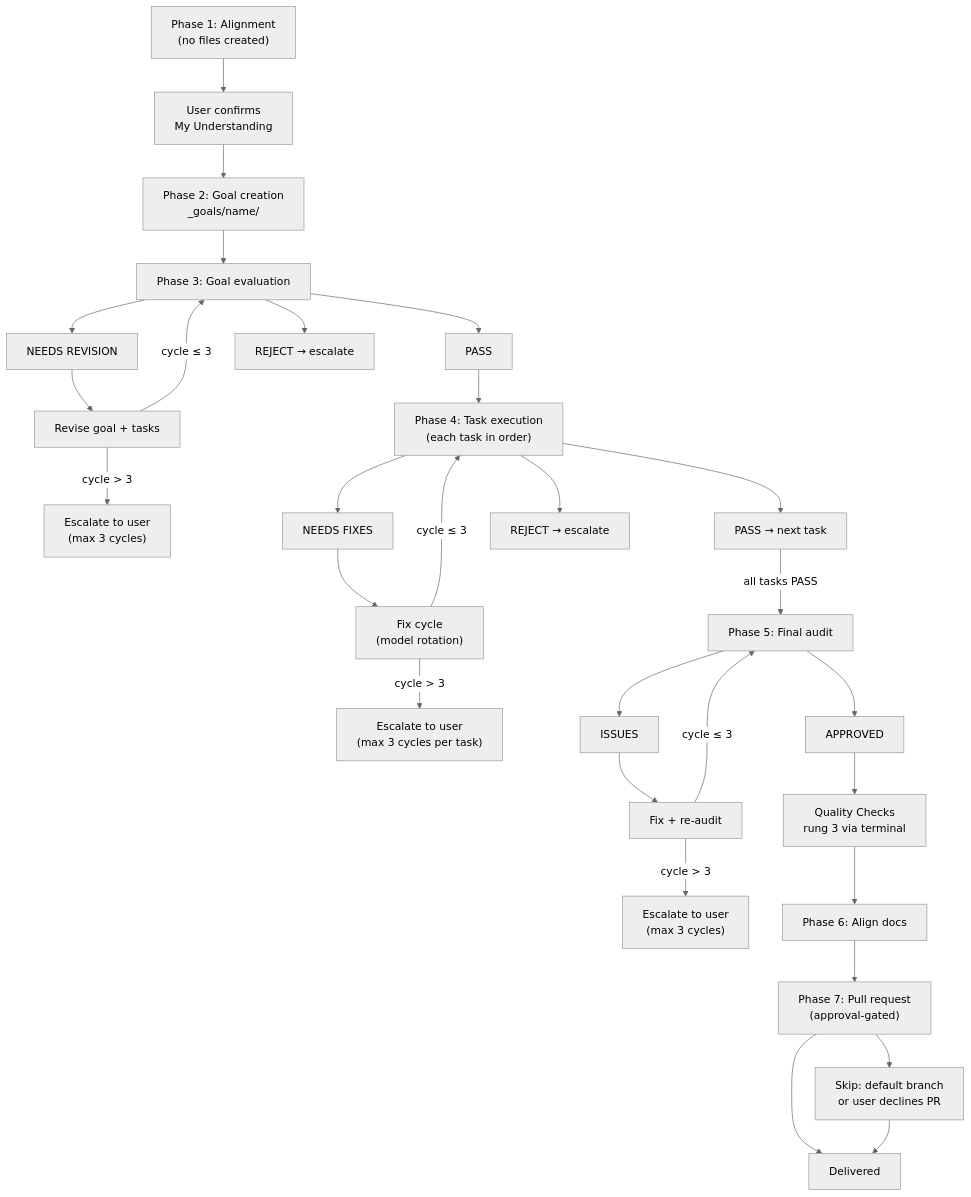
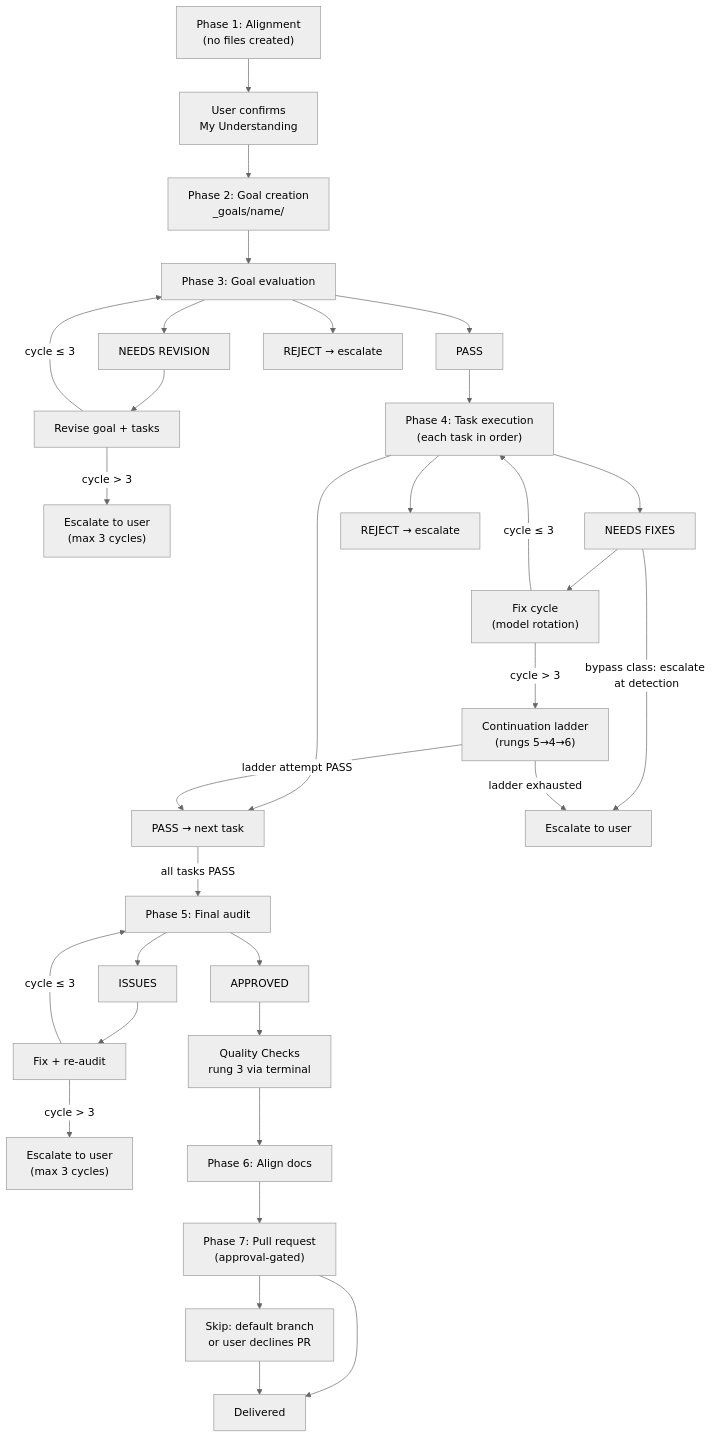
The first of 2 diagrams in docs/guide/feature-workflow.md (kdcllc/skills), drawn with Mermaid (neutral theme) before and after one commit. The commit also changed other lines of this file and 7 other files, not shown here.

First line of the commit message:
docs: Update documentation for kit v0.20.0 — introduce six subagents, Phase 4 continuation ladder, and failure-class taxonomy

````diff
--- a/docs/guide/feature-workflow.md
+++ b/docs/guide/feature-workflow.md
@@ -9,57 +9,61 @@
 ```mermaid
 flowchart TD
     P1["Phase 1: Alignment\n(no files created)"]
     P1Confirm["User confirms\nMy Understanding"]
     P2["Phase 2: Goal creation\n_goals/name/"]
     P3Eval["Phase 3: Goal evaluation"]
     P3Pass["PASS"]
     P3Rev["NEEDS REVISION"]
     P3Revise["Revise goal + tasks"]
     P3Esc["Escalate to user\n(max 3 cycles)"]
     P3Reject["REJECT → escalate"]
     P4["Phase 4: Task execution\n(each task in order)"]
     P4Pass["PASS → next task"]
     P4Fix["NEEDS FIXES"]
     P4FixCycle["Fix cycle\n(model rotation)"]
-    P4Esc["Escalate to user\n(max 3 cycles per task)"]
+    P4Ladder["Continuation ladder\n(rungs 5→4→6)"]
+    P4Esc["Escalate to user"]
     P4Reject["REJECT → escalate"]
     P5Audit["Phase 5: Final audit"]
     P5App["APPROVED"]
     P5QC["Quality Checks\nrung 3 via terminal"]
     P5Issues["ISSUES"]
     P5Remed["Fix + re-audit"]
     P5Esc["Escalate to user\n(max 3 cycles)"]
     P6["Phase 6: Align docs"]
     P7["Phase 7: Pull request\n(approval-gated)"]
     P7Skip["Skip: default branch\nor user declines PR"]
     Done["Delivered"]
 
     P1 --> P1Confirm
     P1Confirm --> P2
     P2 --> P3Eval
     P3Eval --> P3Pass
     P3Eval --> P3Rev
     P3Eval --> P3Reject
     P3Rev --> P3Revise
     P3Revise -->|"cycle ≤ 3"| P3Eval
     P3Revise -->|"cycle > 3"| P3Esc
     P3Pass --> P4
     P4 --> P4Pass
     P4 --> P4Fix
     P4 --> P4Reject
     P4Fix --> P4FixCycle
+    P4Fix -->|"bypass class: escalate at detection"| P4Esc
     P4FixCycle -->|"cycle ≤ 3"| P4
-    P4FixCycle -->|"cycle > 3"| P4Esc
+    P4FixCycle -->|"cycle > 3"| P4Ladder
+    P4Ladder -->|"ladder exhausted"| P4Esc
+    P4Ladder -->|"ladder attempt PASS"| P4Pass
     P4Pass -->|"all tasks PASS"| P5Audit
     P5Audit --> P5App
     P5Audit --> P5Issues
     P5Issues --> P5Remed
     P5Remed -->|"cycle ≤ 3"| P5Audit
     P5Remed -->|"cycle > 3"| P5Esc
     P5App --> P5QC
     P5QC --> P6
     P6 --> P7
     P7 --> Done
     P7 --> P7Skip
     P7Skip --> Done
 ```
````
